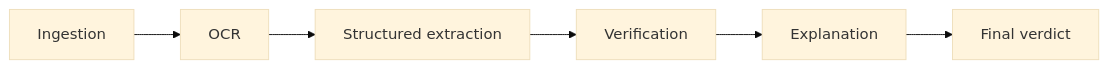
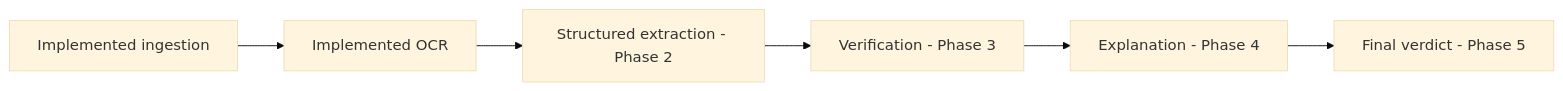
Before and after one commit to Mohamed-ahmed-shokry/veridoc-agent: the second of 2 diagrams in docs/architecture.md, drawn with Mermaid (base theme). The commit also changed other lines of this file, not shown here.

Commit message:
docs: describe the ingestion OCR boundary

````diff
--- a/docs/architecture.md
+++ b/docs/architecture.md
@@ -44,8 +56,8 @@
 ```mermaid
 flowchart LR
-    Ingestion["Ingestion"] --> OCR["OCR"]
-    OCR --> Extraction["Structured extraction"]
-    Extraction --> Verification["Verification"]
-    Verification --> Explanation["Explanation"]
-    Explanation --> Verdict["Final verdict"]
+    Ingestion["Implemented ingestion"] --> OCR["Implemented OCR"]
+    OCR --> Extraction["Structured extraction - Phase 2"]
+    Extraction --> Verification["Verification - Phase 3"]
+    Verification --> Explanation["Explanation - Phase 4"]
+    Explanation --> Verdict["Final verdict - Phase 5"]
 ```
````
